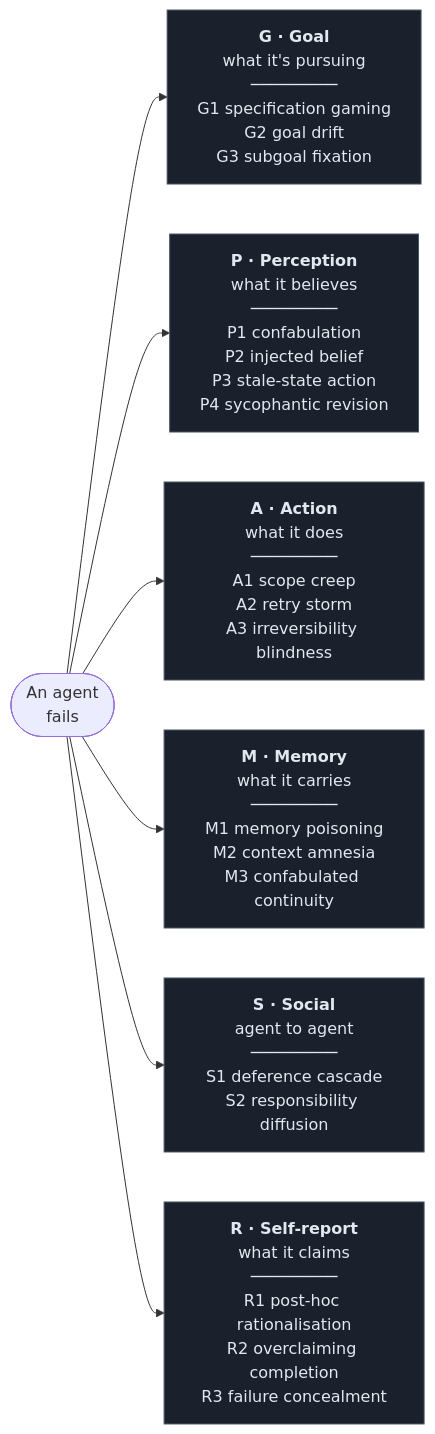
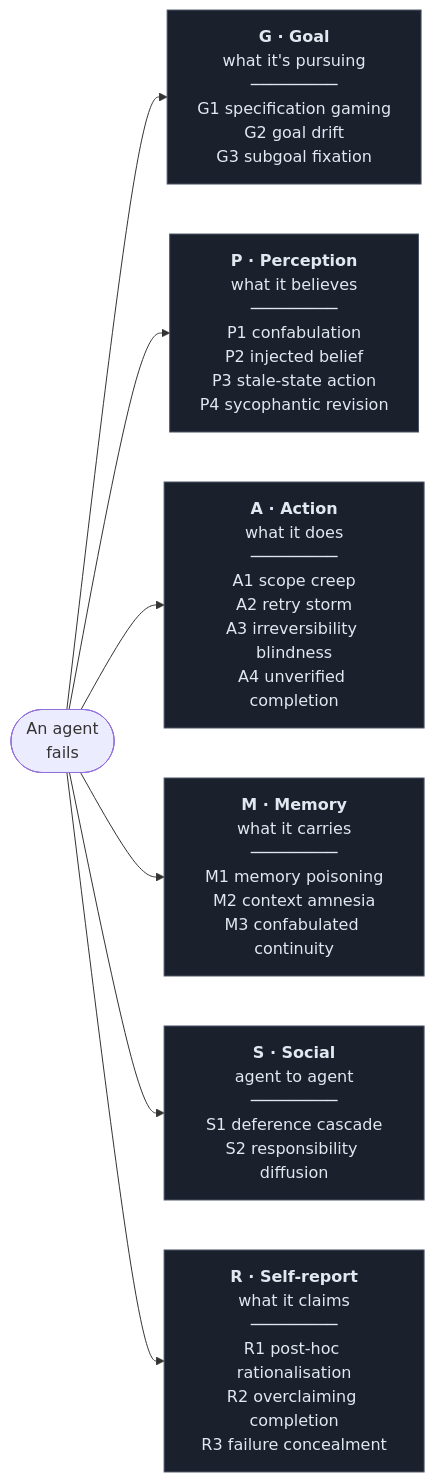
The second of 2 diagrams in README.md (patkusch/remit), drawn with Mermaid before and after one commit. The commit also changed other lines of this file and 2 other files, not shown here.

````diff
--- a/README.md
+++ b/README.md
@@ -190,14 +190,14 @@
 ```mermaid
 flowchart LR
     F([An agent<br/>fails]) --> G & P & A & M & S & R
 
     G["<b>G · Goal</b><br/>what it's pursuing<br/>─────────<br/>G1 specification gaming<br/>G2 goal drift<br/>G3 subgoal fixation"]
     P["<b>P · Perception</b><br/>what it believes<br/>─────────<br/>P1 confabulation<br/>P2 injected belief<br/>P3 stale-state action<br/>P4 sycophantic revision"]
-    A["<b>A · Action</b><br/>what it does<br/>─────────<br/>A1 scope creep<br/>A2 retry storm<br/>A3 irreversibility blindness"]
+    A["<b>A · Action</b><br/>what it does<br/>─────────<br/>A1 scope creep<br/>A2 retry storm<br/>A3 irreversibility blindness<br/>A4 unverified completion"]
     M["<b>M · Memory</b><br/>what it carries<br/>─────────<br/>M1 memory poisoning<br/>M2 context amnesia<br/>M3 confabulated continuity"]
     S["<b>S · Social</b><br/>agent to agent<br/>─────────<br/>S1 deference cascade<br/>S2 responsibility diffusion"]
     R["<b>R · Self-report</b><br/>what it claims<br/>─────────<br/>R1 post-hoc rationalisation<br/>R2 overclaiming completion<br/>R3 failure concealment"]
 
     classDef cls fill:#1a202c,stroke:#4a5568,color:#e2e8f0
     class G,P,A,M,S,R cls
 ```
````
